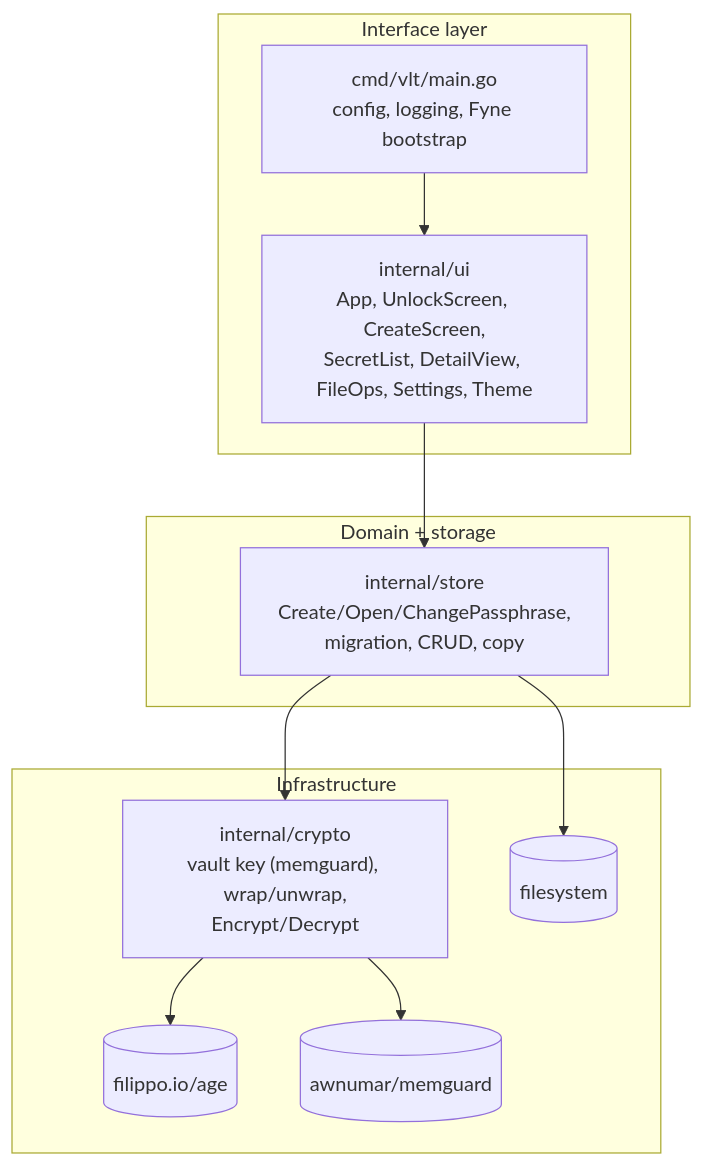
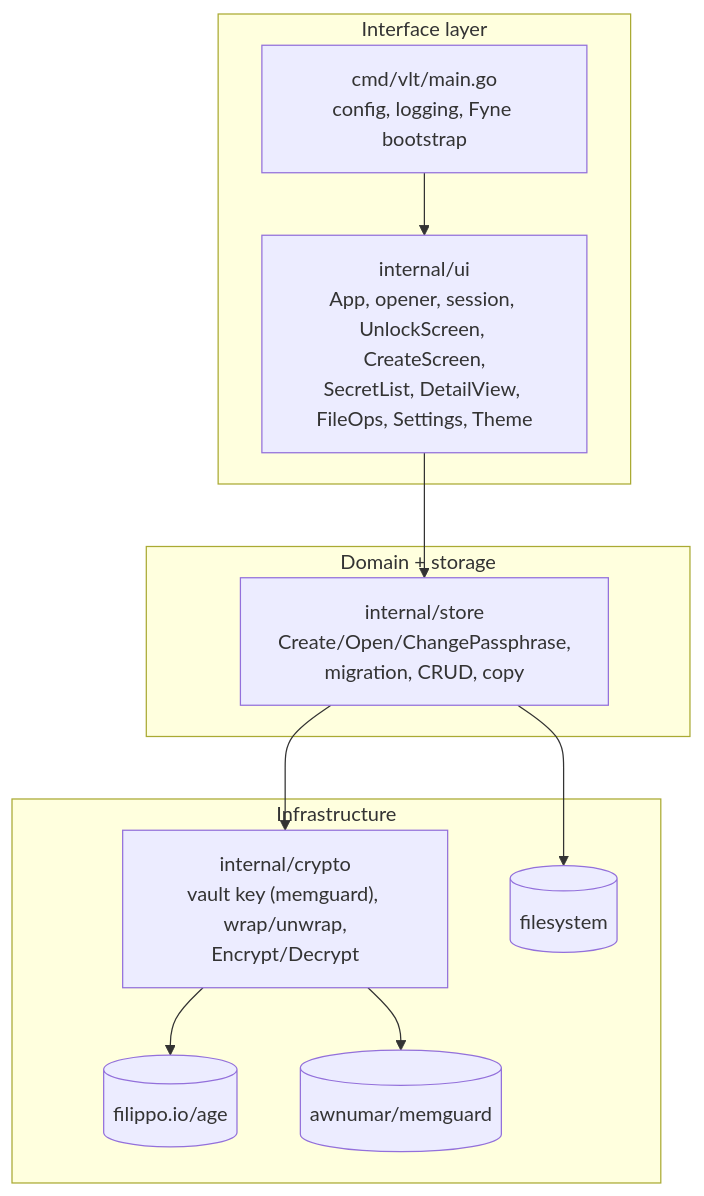
One commit to heyjdp/vlt changed the first of 2 diagrams in vault-vlt/Architecture/Architecture Overview.md. Above: the diagram before and after it, drawn with Mermaid. The commit also changed other lines of this file and 3 other files, not shown here.

````diff
--- a/vault-vlt/Architecture/Architecture Overview.md
+++ b/vault-vlt/Architecture/Architecture Overview.md
@@ -14,23 +14,23 @@
 ```mermaid
 graph TD
     subgraph Interface["Interface layer"]
         main["cmd/vlt/main.go<br/>config, logging, Fyne bootstrap"]
-        ui["internal/ui<br/>App, UnlockScreen, CreateScreen,<br/>SecretList, DetailView, FileOps, Settings, Theme"]
+        ui["internal/ui<br/>App, opener, session, UnlockScreen, CreateScreen,<br/>SecretList, DetailView, FileOps, Settings, Theme"]
     end
     subgraph Domain["Domain + storage"]
         store["internal/store<br/>Create/Open/ChangePassphrase,<br/>migration, CRUD, copy"]
     end
     subgraph Infra["Infrastructure"]
         crypto["internal/crypto<br/>vault key (memguard), wrap/unwrap,<br/>Encrypt/Decrypt"]
         age[(filippo.io/age)]
         mg[(awnumar/memguard)]
         fs[(filesystem)]
     end
 
     main --> ui
     ui --> store
     store --> crypto
     store --> fs
     crypto --> age
     crypto --> mg
 ```
````
